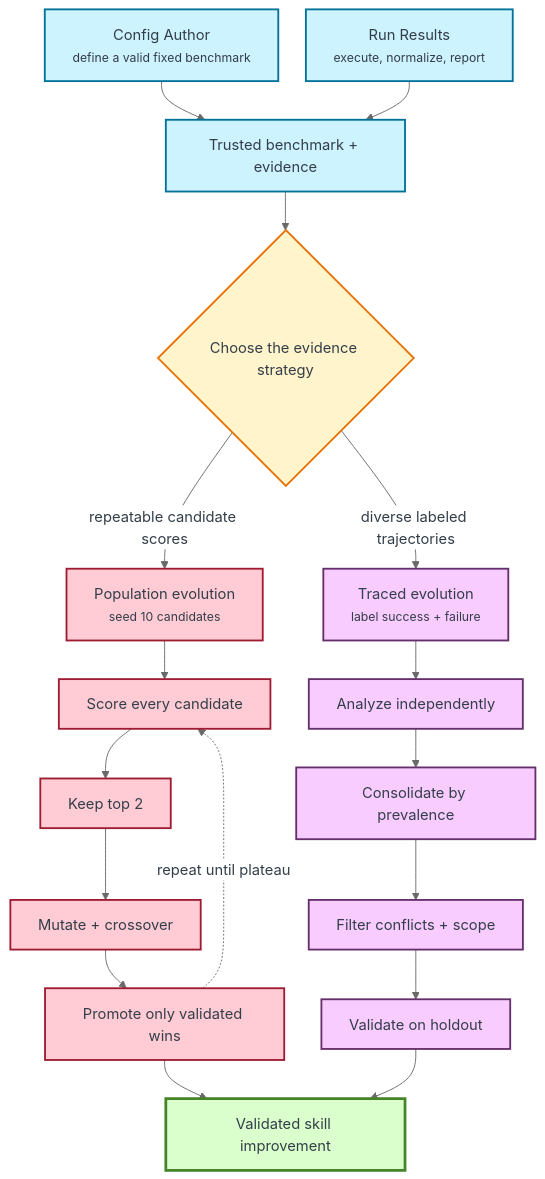
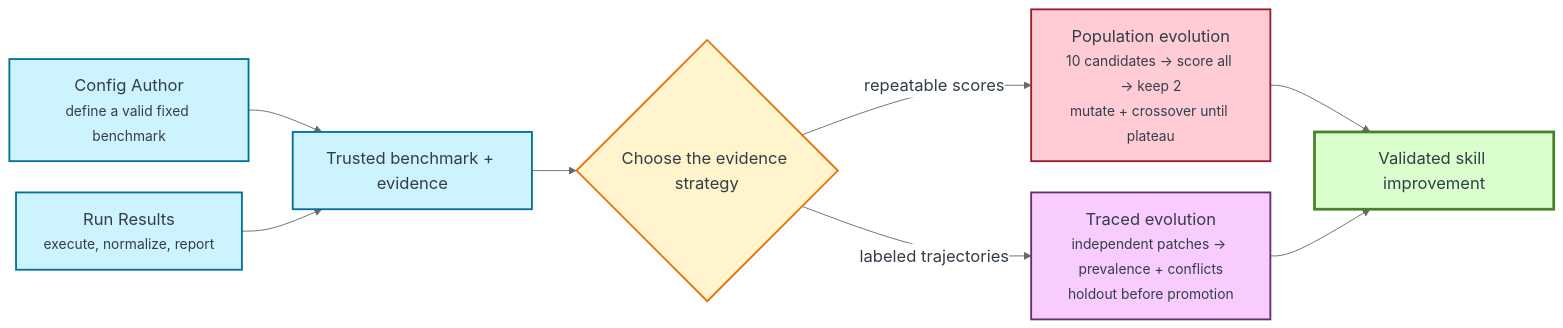
One commit to mvk-001/skill-arena changed the diagram in docs/assets/evolution-strategies.mmd. Above: the diagram before and after it, drawn with Mermaid. The commit also changed 75 other files, not shown here.

```diff
--- a/docs/assets/evolution-strategies.mmd
+++ b/docs/assets/evolution-strategies.mmd
@@ -1,36 +1,27 @@
-%%{init: {"theme":"base","themeVariables":{"fontFamily":"Open Sans, Arial, sans-serif","primaryColor":"#cdf3ff","primaryTextColor":"#333e48","primaryBorderColor":"#007298","secondaryColor":"#fff4cc","secondaryTextColor":"#333e48","secondaryBorderColor":"#e77204","tertiaryColor":"#f9ccff","tertiaryTextColor":"#333e48","tertiaryBorderColor":"#652f6c","lineColor":"#696969","textColor":"#333e48","mainBkg":"#ffffff","clusterBkg":"#f7f7f7","clusterBorder":"#cfcfcf","edgeLabelBackground":"#ffffff"},"flowchart":{"curve":"basis","nodeSpacing":30,"rankSpacing":42,"htmlLabels":true}}}%%
-flowchart TB
+%%{init: {"theme":"base","fontFamily":"Open Sans, Arial, sans-serif","themeVariables":{"fontFamily":"Open Sans, Arial, sans-serif","fontSize":"18px","primaryColor":"#cdf3ff","primaryTextColor":"#333e48","primaryBorderColor":"#007298","secondaryColor":"#fff4cc","secondaryTextColor":"#333e48","secondaryBorderColor":"#e77204","tertiaryColor":"#f9ccff","tertiaryTextColor":"#333e48","tertiaryBorderColor":"#652f6c","lineColor":"#696969","textColor":"#333e48","mainBkg":"#ffffff","clusterBkg":"#f7f7f7","clusterBorder":"#cfcfcf","edgeLabelBackground":"#ffffff"},"flowchart":{"curve":"basis","nodeSpacing":34,"rankSpacing":48,"htmlLabels":true}}}%%
+flowchart LR
     author["Config Author<br/><small>define a valid fixed benchmark</small>"]
     runner["Run Results<br/><small>execute, normalize, report</small>"]
     benchmark["Trusted benchmark + evidence"]
     choice{"Choose the evidence strategy"}
 
     author --> benchmark
     runner --> benchmark
     benchmark --> choice
 
-    choice -->|"repeatable candidate scores"| p1["Population evolution<br/><small>seed 10 candidates</small>"]
-    p1 --> p2["Score every candidate"]
-    p2 --> p3["Keep top 2"]
-    p3 --> p4["Mutate + crossover"]
-    p4 --> p5["Promote only validated wins"]
-    p5 -. "repeat until plateau" .-> p2
+    choice -->|"repeatable scores"| population["Population evolution<br/><small>10 candidates → score all → keep 2<br/>mutate + crossover until plateau</small>"]
+    choice -->|"labeled trajectories"| traceStrategy["Traced evolution<br/><small>independent patches → prevalence + conflicts<br/>holdout before promotion</small>"]
 
-    choice -->|"diverse labeled trajectories"| t1["Traced evolution<br/><small>label success + failure</small>"]
-    t1 --> t2["Analyze independently"]
-    t2 --> t3["Consolidate by prevalence"]
-    t3 --> t4["Filter conflicts + scope"]
-    t4 --> t5["Validate on holdout"]
-    p5 --> winner["Validated skill improvement"]
-    t5 --> winner
+    population --> winner["Validated skill improvement"]
+    traceStrategy --> winner
 
     classDef support fill:#cdf3ff,stroke:#007298,color:#333e48,stroke-width:2px;
     classDef decision fill:#fff4cc,stroke:#e77204,color:#333e48,stroke-width:2px;
     classDef genetic fill:#ffccd5,stroke:#9e1b32,color:#333e48,stroke-width:2px;
     classDef traced fill:#f9ccff,stroke:#652f6c,color:#333e48,stroke-width:2px;
     classDef result fill:#dbffcc,stroke:#45842a,color:#333e48,stroke-width:3px;
     class author,runner,benchmark support;
     class choice decision;
-    class p1,p2,p3,p4,p5 genetic;
-    class t1,t2,t3,t4,t5 traced;
+    class population genetic;
+    class traceStrategy traced;
     class winner result;
```
